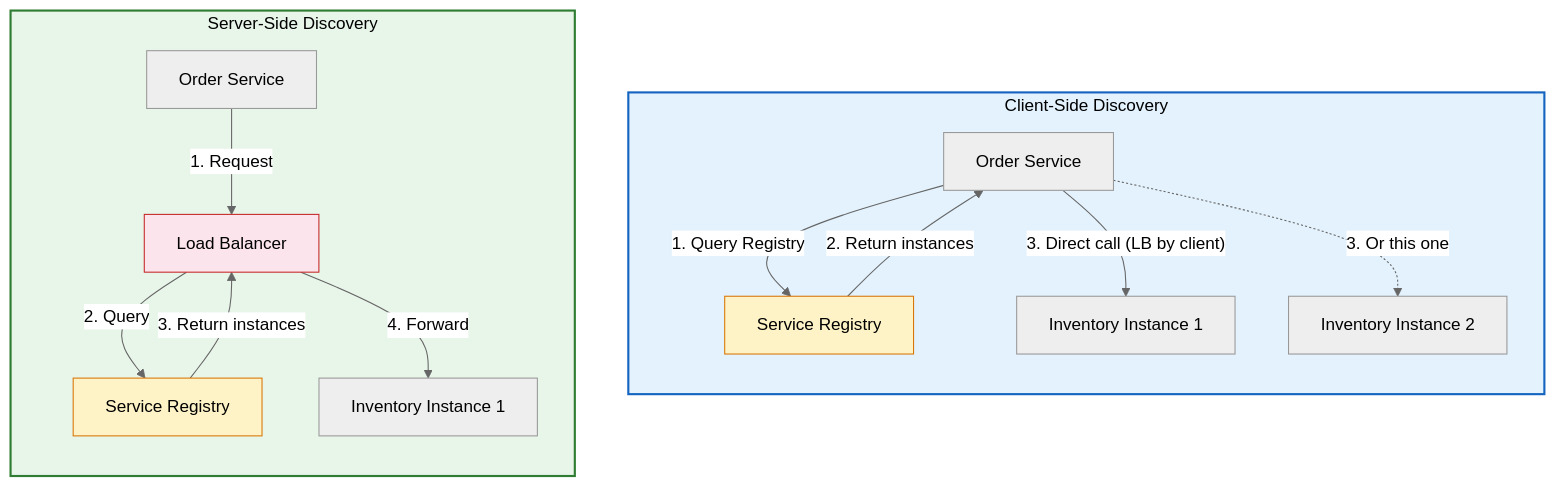
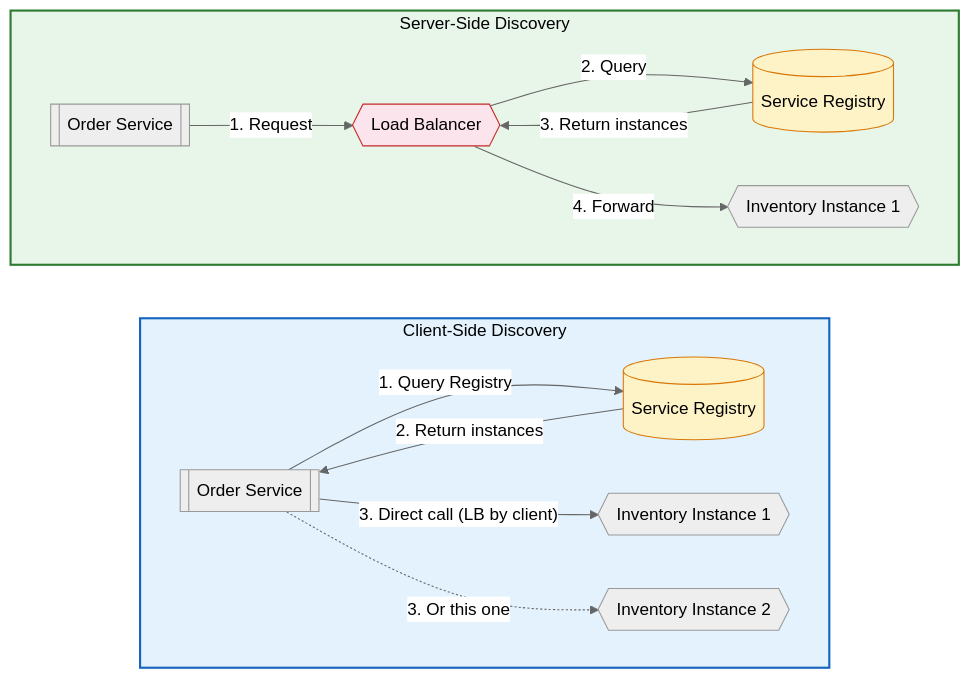
Before and after one commit to saivamsikaruturi/vamsilabs-dev-notes-main: the second of 3 diagrams in docs/microservices/ServiceDiscovery.md, drawn with Mermaid (neutral theme). The commit also changed other lines of this file and 146 other files, not shown here.

Commit message:
Horizontal diagrams, UML class diagrams, typography overhaul, and permalink cleanup

````diff
--- a/docs/microservices/ServiceDiscovery.md
+++ b/docs/microservices/ServiceDiscovery.md
@@ -57,24 +57,24 @@
 ```mermaid
-flowchart TB
+flowchart LR
     subgraph ClientSide["Client-Side Discovery"]
-        direction TB
-        C1["Order Service"] -->|"1. Query Registry"| R1["Service Registry"]
+        direction LR
+        C1[["Order Service"]] -->|"1. Query Registry"| R1[("Service Registry")]
         R1 -->|"2. Return instances"| C1
-        C1 -->|"3. Direct call (LB by client)"| I1["Inventory Instance 1"]
-        C1 -.->|"3. Or this one"| I2["Inventory Instance 2"]
+        C1 -->|"3. Direct call (LB by client)"| I1{{"Inventory Instance 1"}}
+        C1 -.->|"3. Or this one"| I2{{"Inventory Instance 2"}}
     end
     
     subgraph ServerSide["Server-Side Discovery"]
-        direction TB
-        C2["Order Service"] -->|"1. Request"| LB["Load Balancer"]
-        LB -->|"2. Query"| R2["Service Registry"]
+        direction LR
+        C2[["Order Service"]] -->|"1. Request"| LB{{"Load Balancer"}}
+        LB -->|"2. Query"| R2[("Service Registry")]
         R2 -->|"3. Return instances"| LB
-        LB -->|"4. Forward"| I3["Inventory Instance 1"]
+        LB -->|"4. Forward"| I3{{"Inventory Instance 1"}}
     end
     
     style ClientSide fill:#E3F2FD,stroke:#1565C0,stroke-width:2px,color:#000
     style ServerSide fill:#E8F5E9,stroke:#2E7D32,stroke-width:2px,color:#000
     style R1 fill:#FEF3C7,stroke:#D97706,color:#000
     style R2 fill:#FEF3C7,stroke:#D97706,color:#000
     style LB fill:#FCE4EC,stroke:#C62828,color:#000
 ```
````
